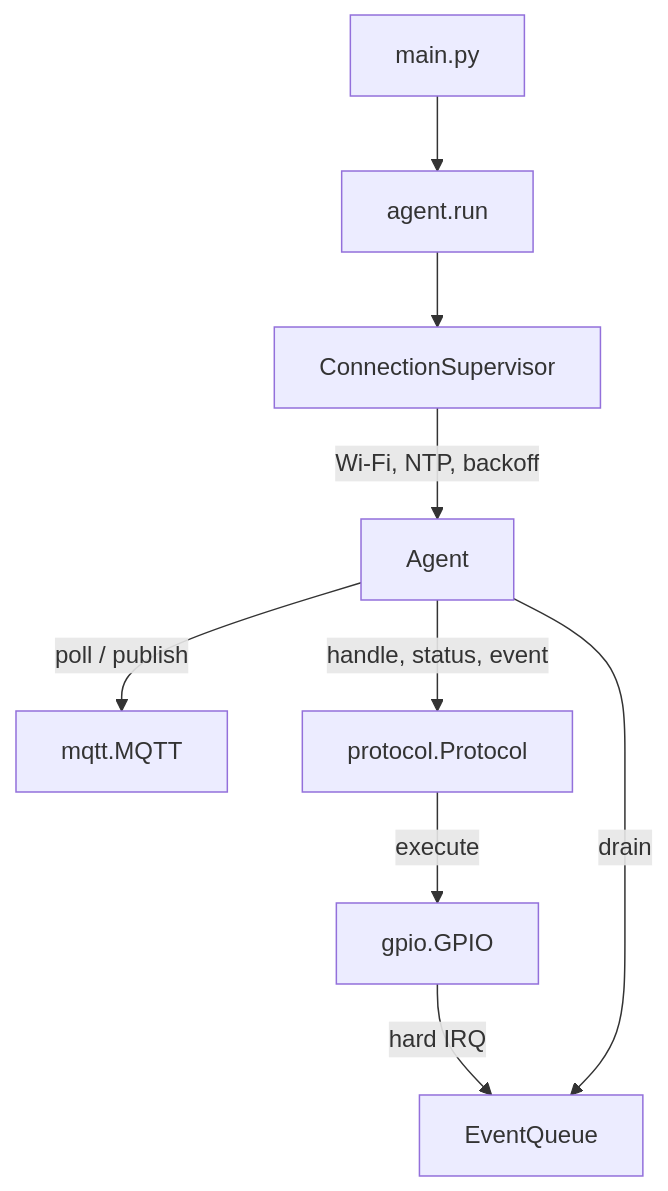
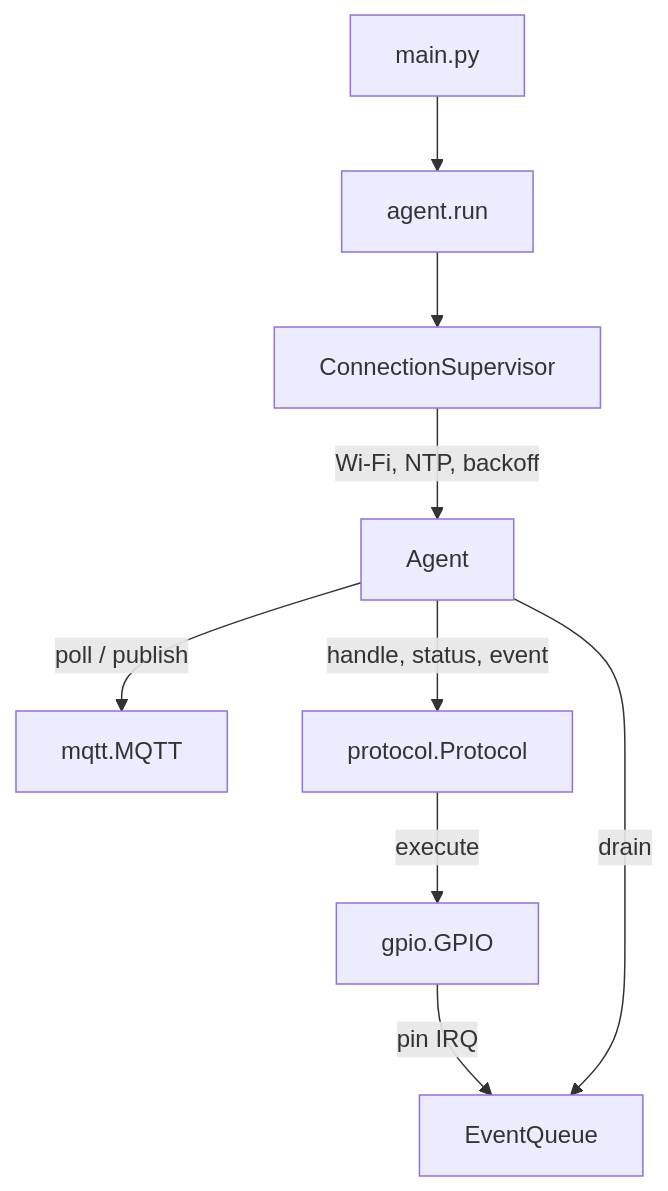
One commit to arshnooramin/espswarm changed the diagram in firmware/README.md. Above: the diagram before and after it, drawn with Mermaid. The commit also changed other lines of this file and 19 other files, not shown here.

````diff
--- a/firmware/README.md
+++ b/firmware/README.md
@@ -51,11 +55,11 @@
 ```mermaid
 flowchart TD
     main[main.py] --> run[agent.run]
     run --> S[ConnectionSupervisor]
     S -->|Wi-Fi, NTP, backoff| A[Agent]
     A -->|poll / publish| M[mqtt.MQTT]
     A -->|handle, status, event| P[protocol.Protocol]
     P -->|execute| G[gpio.GPIO]
-    G -->|hard IRQ| Q[EventQueue]
+    G -->|pin IRQ| Q[EventQueue]
     A -->|drain| Q
 ```
````
